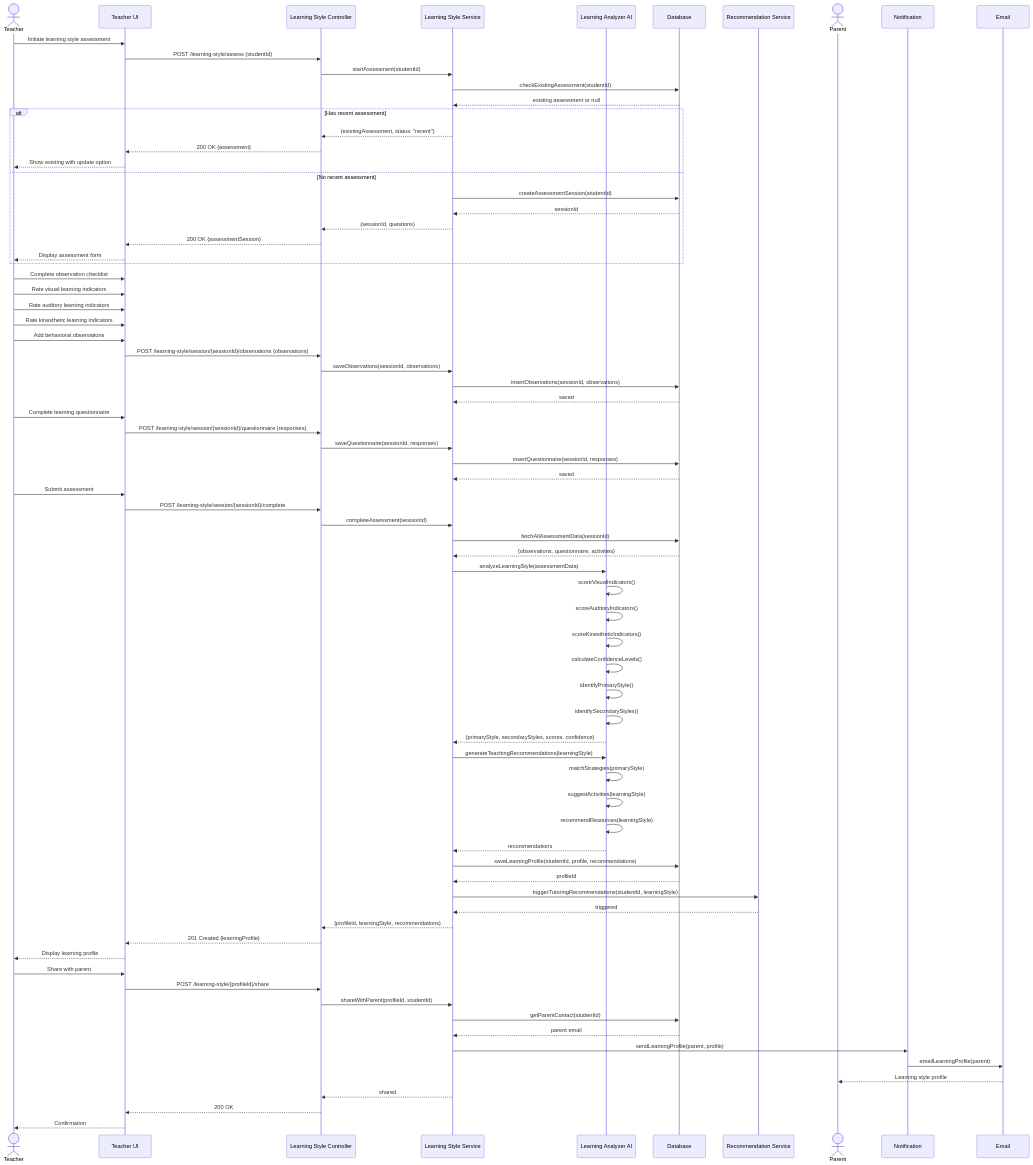
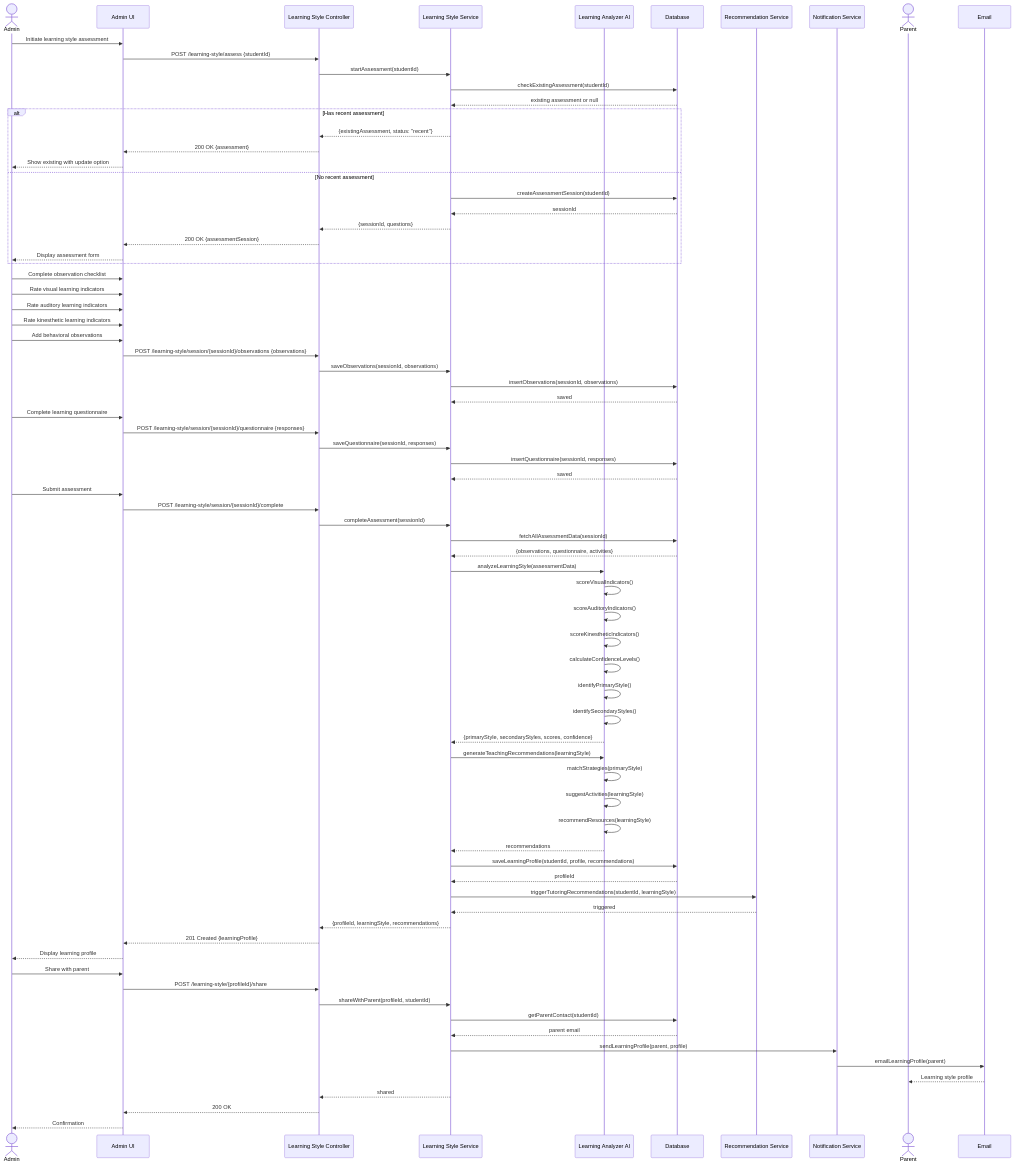
One commit to TongYwen/childfyp5 changed diagram 17 of 18 in diagrams.md. Above: the diagram before and after it, drawn with Mermaid. The commit also changed other lines of this file, not shown here.

First line of the commit message:
Update diagrams to remove Teacher role

````diff
--- a/diagrams.md
+++ b/diagrams.md
@@ -680,15 +672,16 @@
 ```mermaid
 sequenceDiagram
-    actor Teacher
-    participant UI as Teacher UI
+    actor Admin
+    participant UI as Admin UI
     participant Controller as Learning Style Controller
     participant Service as Learning Style Service
     participant Analyzer as Learning Analyzer AI
     participant DB as Database
     participant Recommendation as Recommendation Service
+    participant Notification as Notification Service
     actor Parent
 
-    Teacher->>UI: Initiate learning style assessment
+    Admin->>UI: Initiate learning style assessment
     UI->>Controller: POST /learning-style/assess {studentId}
     Controller->>Service: startAssessment(studentId)
     Service->>DB: checkExistingAssessment(studentId)
@@ -697,32 +690,32 @@
     alt Has recent assessment
         Service-->>Controller: {existingAssessment, status: "recent"}
         Controller-->>UI: 200 OK {assessment}
-        UI-->>Teacher: Show existing with update option
+        UI-->>Admin: Show existing with update option
     else No recent assessment
         Service->>DB: createAssessmentSession(studentId)
         DB-->>Service: sessionId
         Service-->>Controller: {sessionId, questions}
         Controller-->>UI: 200 OK {assessmentSession}
-        UI-->>Teacher: Display assessment form
+        UI-->>Admin: Display assessment form
     end
 
-    Teacher->>UI: Complete observation checklist
-    Teacher->>UI: Rate visual learning indicators
-    Teacher->>UI: Rate auditory learning indicators
-    Teacher->>UI: Rate kinesthetic learning indicators
-    Teacher->>UI: Add behavioral observations
+    Admin->>UI: Complete observation checklist
+    Admin->>UI: Rate visual learning indicators
+    Admin->>UI: Rate auditory learning indicators
+    Admin->>UI: Rate kinesthetic learning indicators
+    Admin->>UI: Add behavioral observations
     UI->>Controller: POST /learning-style/session/{sessionId}/observations {observations}
     Controller->>Service: saveObservations(sessionId, observations)
     Service->>DB: insertObservations(sessionId, observations)
     DB-->>Service: saved
 
-    Teacher->>UI: Complete learning questionnaire
+    Admin->>UI: Complete learning questionnaire
     UI->>Controller: POST /learning-style/session/{sessionId}/questionnaire {responses}
     Controller->>Service: saveQuestionnaire(sessionId, responses)
     Service->>DB: insertQuestionnaire(sessionId, responses)
     DB-->>Service: saved
 
-    Teacher->>UI: Submit assessment
+    Admin->>UI: Submit assessment
     UI->>Controller: POST /learning-style/session/{sessionId}/complete
     Controller->>Service: completeAssessment(sessionId)
     Service->>DB: fetchAllAssessmentData(sessionId)
@@ -751,9 +744,9 @@
 
     Service-->>Controller: {profileId, learningStyle, recommendations}
     Controller-->>UI: 201 Created {learningProfile}
-    UI-->>Teacher: Display learning profile
+    UI-->>Admin: Display learning profile
 
-    Teacher->>UI: Share with parent
+    Admin->>UI: Share with parent
     UI->>Controller: POST /learning-style/{profileId}/share
     Controller->>Service: shareWithParent(profileId, studentId)
     Service->>DB: getParentContact(studentId)
@@ -763,5 +756,5 @@
     Email-->>Parent: Learning style profile
     Service-->>Controller: shared
     Controller-->>UI: 200 OK
-    UI-->>Teacher: Confirmation
+    UI-->>Admin: Confirmation
 ```
````
